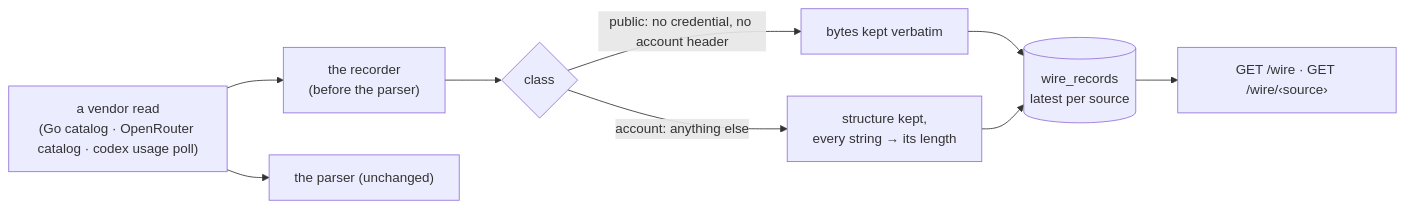
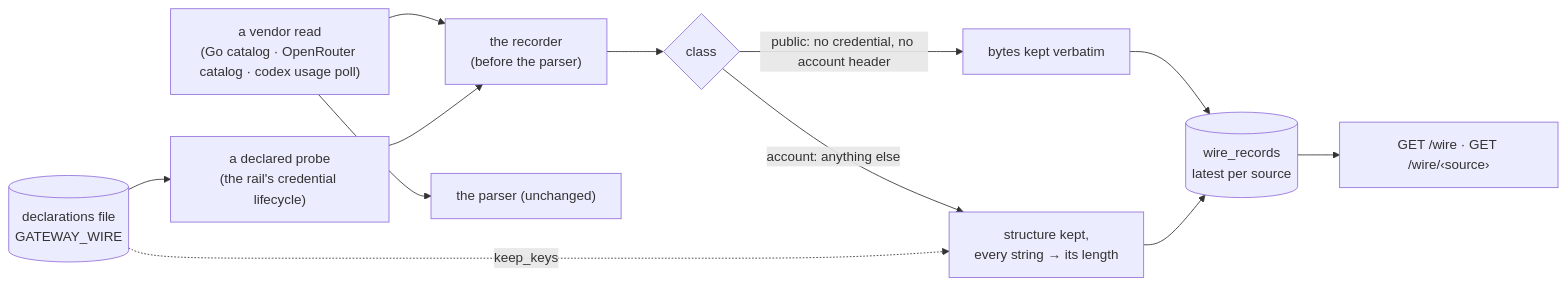
Before and after one commit to teststuffstash/homelab: the diagram in gateway/specs/endpoints/wire.md, drawn with Mermaid. The commit also changed other lines of this file and 12 other files, not shown here.

First line of the commit message:
gateway: GW-WIRE-PROBE — declared probes and the account class's key allowlist, from one declarations file (#3302)

````diff
--- a/gateway/specs/endpoints/wire.md
+++ b/gateway/specs/endpoints/wire.md
@@ -26,13 +27,17 @@
 ```mermaid
 flowchart LR
   R["a vendor read\n(Go catalog · OpenRouter catalog · codex usage poll)"] --> W["the recorder\n(before the parser)"]
   W --> C{"class"}
   C -->|public: no credential, no account header| V["bytes kept verbatim"]
   C -->|account: anything else| S["structure kept,\nevery string → its length"]
   V --> T[("wire_records\nlatest per source")]
   S --> T
   R --> P["the parser (unchanged)"]
+  F[("declarations file\nGATEWAY_WIRE")] --> Q["a declared probe\n(the rail's credential lifecycle)"]
+  Q --> W
+  F -. keep_keys .-> S
   T --> D["GET /wire · GET /wire/‹source›"]
   click W href "#gw-wire-record" "GW-WIRE-RECORD" _self
   click D href "#gw-wire-view" "GW-WIRE-VIEW" _self
+  click Q href "#gw-wire-probe" "GW-WIRE-PROBE" _self
 ```
````
